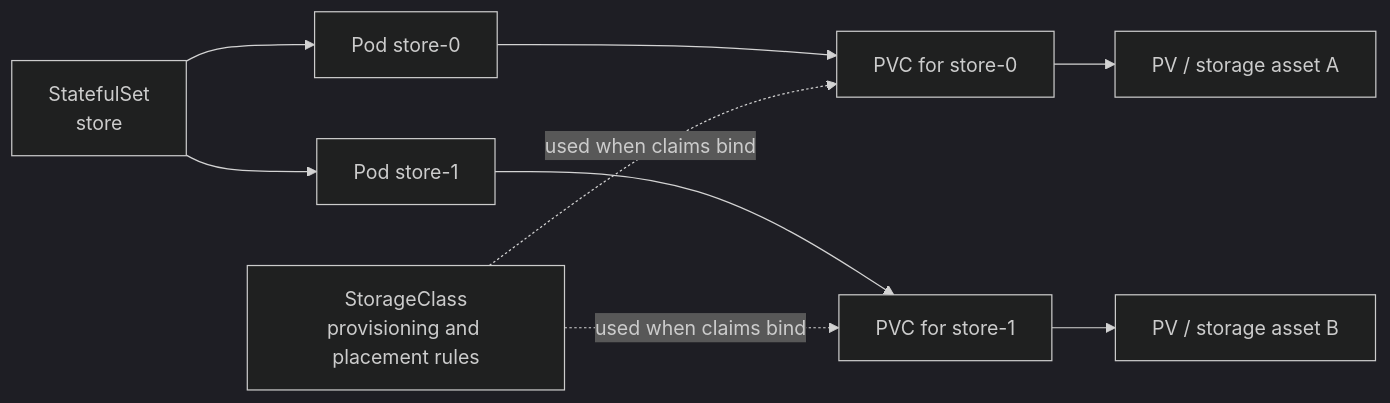
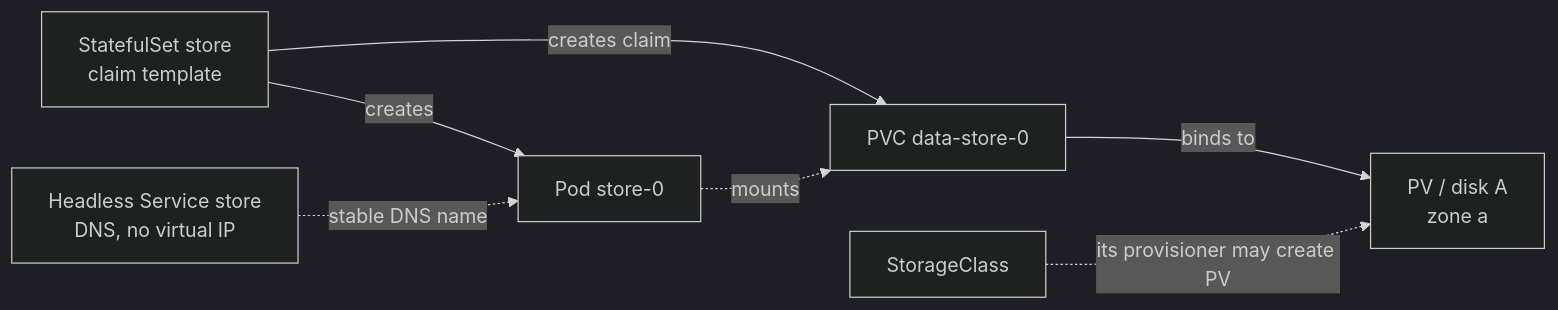
One commit to David-A18/MY-humble-knowledge-for-everyone changed the diagram in knowledge/kubernetes/core-objects/stateful-workloads.md. Above: the diagram before and after it, drawn with Mermaid (dark theme). The commit also changed other lines of this file and 6 other files, not shown here.

Commit message:
Clarify StatefulSet identity and storage recovery

````diff
--- a/knowledge/kubernetes/core-objects/stateful-workloads.md
+++ b/knowledge/kubernetes/core-objects/stateful-workloads.md
@@ -69,9 +81,9 @@
 ```mermaid
 flowchart LR
-  set["StatefulSet<br/>store"] --> pod0["Pod store-0"]
-  set --> pod1["Pod store-1"]
-  pod0 --> claim0["PVC for store-0"] --> volume0["PV / storage asset A"]
-  pod1 --> claim1["PVC for store-1"] --> volume1["PV / storage asset B"]
-  storageclass["StorageClass<br/>provisioning and placement rules"] -. "used when claims bind" .-> claim0
-  storageclass -. "used when claims bind" .-> claim1
+  set["StatefulSet store<br/>claim template"] -- "creates" --> pod0["Pod store-0"]
+  set -- "creates claim" --> claim0["PVC data-store-0"]
+  pod0 -. "mounts" .-> claim0
+  claim0 -- "binds to" --> volume0["PV / disk A<br/>zone a"]
+  storageclass["StorageClass"] -. "its provisioner may create PV" .-> volume0
+  service["Headless Service store<br/>DNS, no virtual IP"] -. "stable DNS name" .-> pod0
 ```
````
